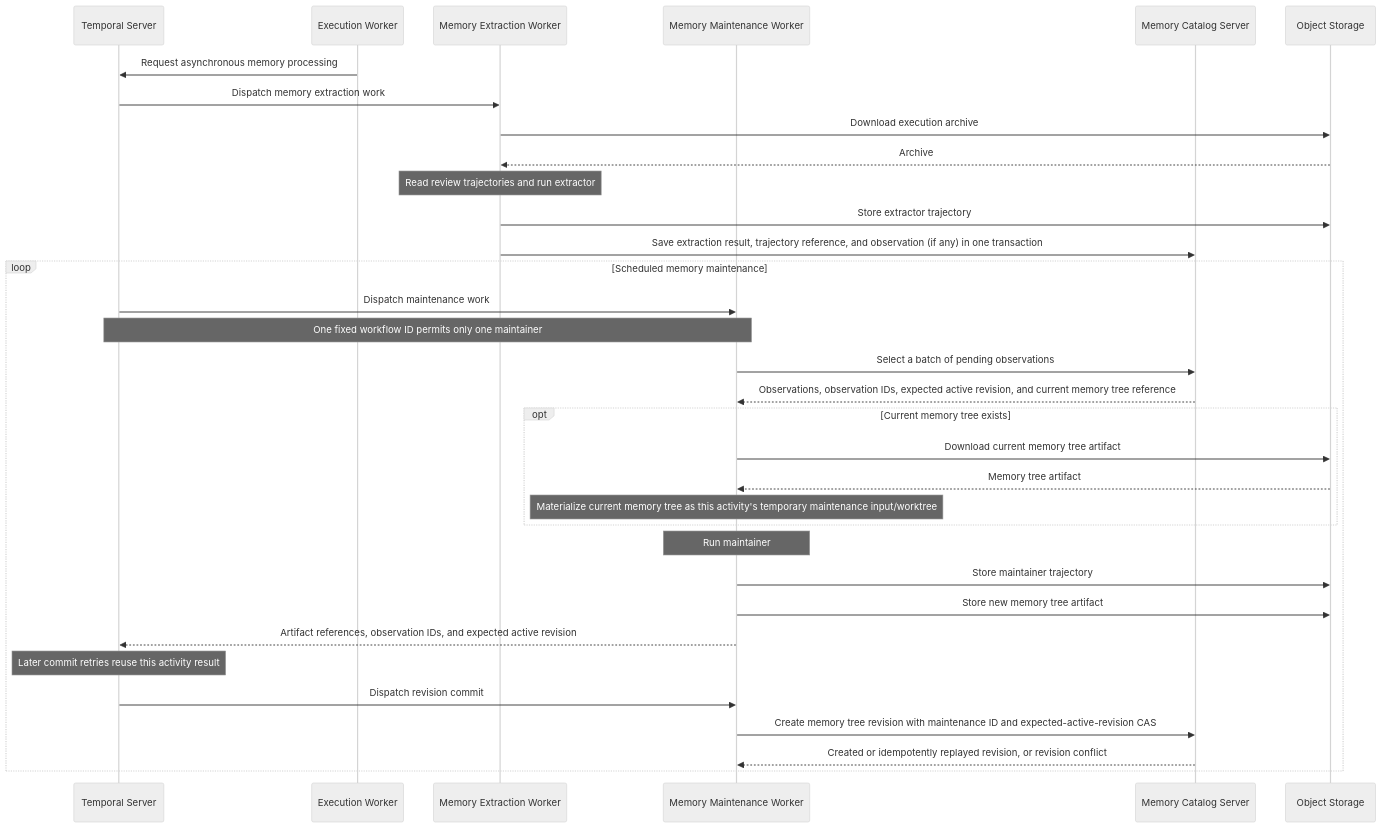
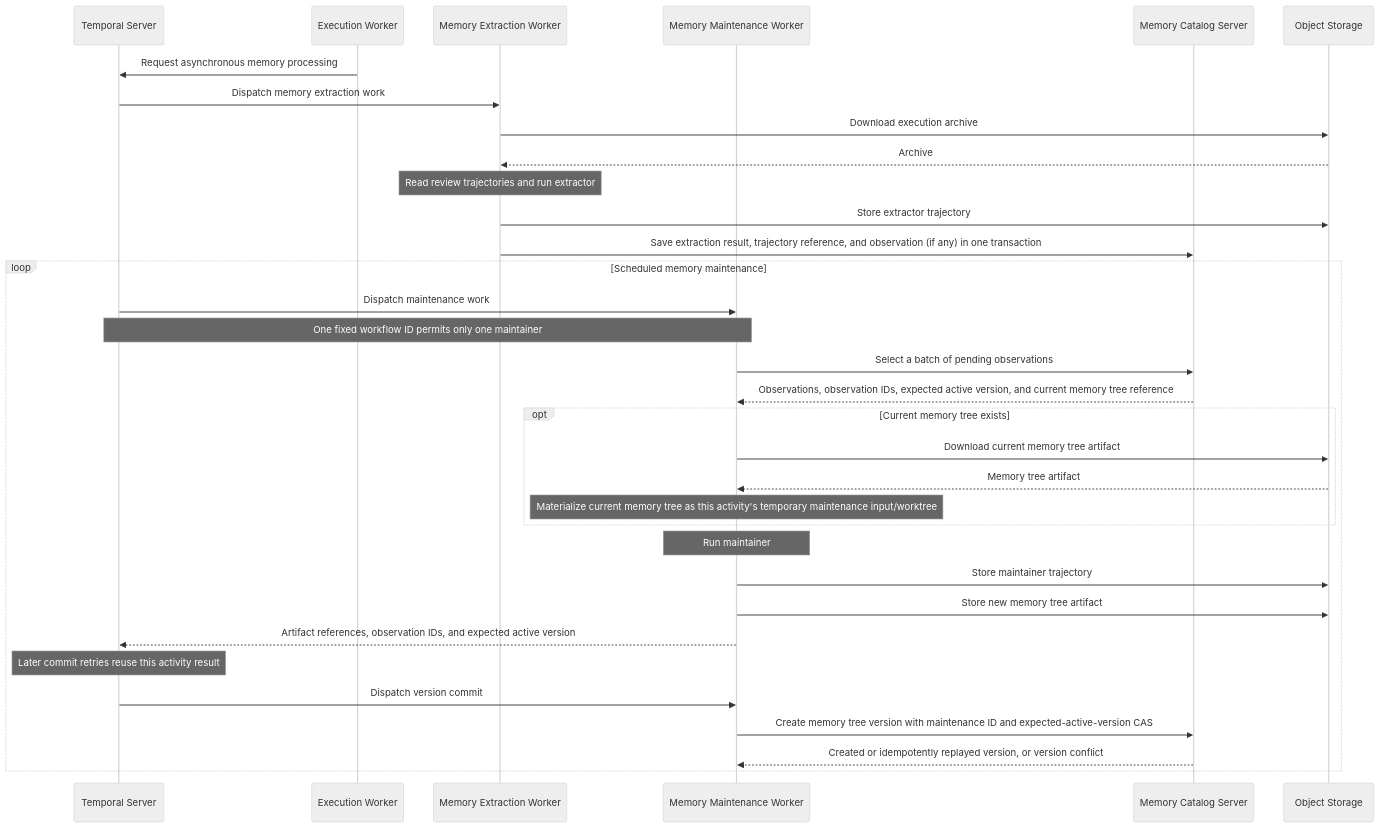
One commit to Agent-AI-Chalmers/sec-review-bot changed the second of 3 diagrams in docs/architecture/SYSTEM_ARCHITECTURE.md. Above: the diagram before and after it, drawn with Mermaid (neutral theme). The commit also changed other lines of this file and 262 other files, not shown here.

Commit message:
refactor(memory-catalog)!: unify version naming across memory boundaries (#349)

````diff
--- a/docs/architecture/SYSTEM_ARCHITECTURE.md
+++ b/docs/architecture/SYSTEM_ARCHITECTURE.md
@@ -77,36 +77,36 @@
 ```mermaid
 sequenceDiagram
   participant Temporal as Temporal Server
   participant ExecutionWorker as Execution Worker
   participant ExtractionWorker as Memory Extraction Worker
   participant MaintenanceWorker as Memory Maintenance Worker
   participant Catalog as Memory Catalog Server
   participant Storage as Object Storage
 
   ExecutionWorker->>Temporal: Request asynchronous memory processing
   Temporal->>ExtractionWorker: Dispatch memory extraction work
   ExtractionWorker->>Storage: Download execution archive
   Storage-->>ExtractionWorker: Archive
   Note over ExtractionWorker: Read review trajectories and run extractor
   ExtractionWorker->>Storage: Store extractor trajectory
   ExtractionWorker->>Catalog: Save extraction result, trajectory reference, and observation (if any) in one transaction
   loop Scheduled memory maintenance
     Temporal->>MaintenanceWorker: Dispatch maintenance work
     Note over Temporal,MaintenanceWorker: One fixed workflow ID permits only one maintainer
     MaintenanceWorker->>Catalog: Select a batch of pending observations
-    Catalog-->>MaintenanceWorker: Observations, observation IDs, expected active revision, and current memory tree reference
+    Catalog-->>MaintenanceWorker: Observations, observation IDs, expected active version, and current memory tree reference
     opt Current memory tree exists
       MaintenanceWorker->>Storage: Download current memory tree artifact
       Storage-->>MaintenanceWorker: Memory tree artifact
       Note over MaintenanceWorker: Materialize current memory tree as this activity's temporary maintenance input/worktree
     end
     Note over MaintenanceWorker: Run maintainer
     MaintenanceWorker->>Storage: Store maintainer trajectory
     MaintenanceWorker->>Storage: Store new memory tree artifact
-    MaintenanceWorker-->>Temporal: Artifact references, observation IDs, and expected active revision
+    MaintenanceWorker-->>Temporal: Artifact references, observation IDs, and expected active version
     Note over Temporal: Later commit retries reuse this activity result
-    Temporal->>MaintenanceWorker: Dispatch revision commit
-    MaintenanceWorker->>Catalog: Create memory tree revision with maintenance ID and expected-active-revision CAS
-    Catalog-->>MaintenanceWorker: Created or idempotently replayed revision, or revision conflict
+    Temporal->>MaintenanceWorker: Dispatch version commit
+    MaintenanceWorker->>Catalog: Create memory tree version with maintenance ID and expected-active-version CAS
+    Catalog-->>MaintenanceWorker: Created or idempotently replayed version, or version conflict
   end
 ```
````
